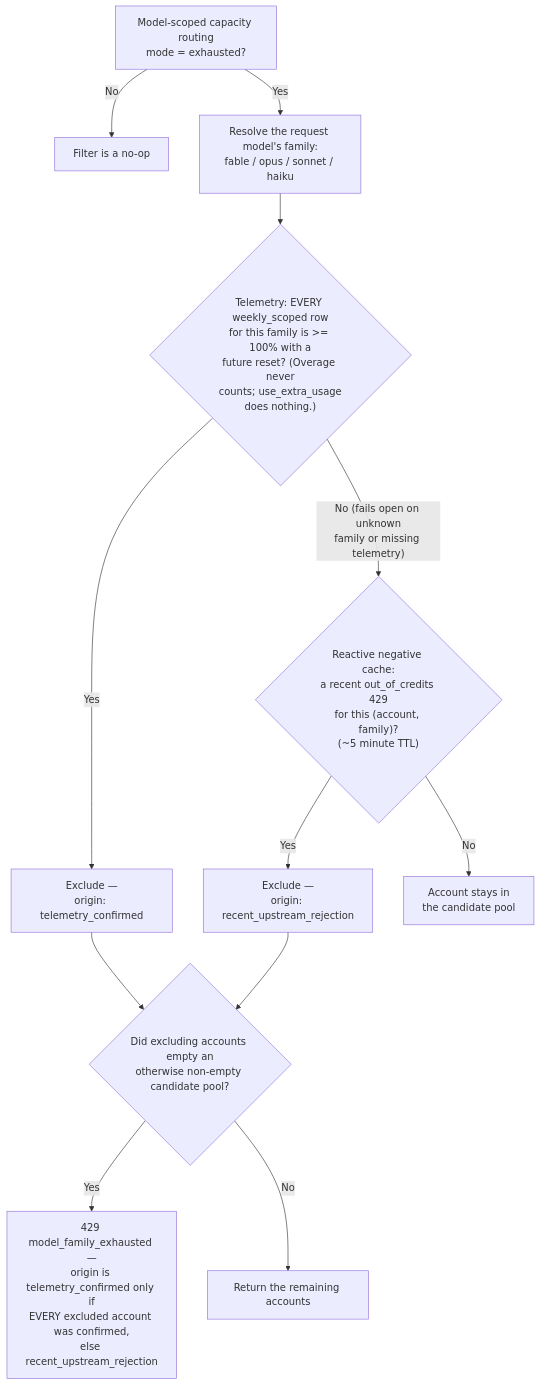
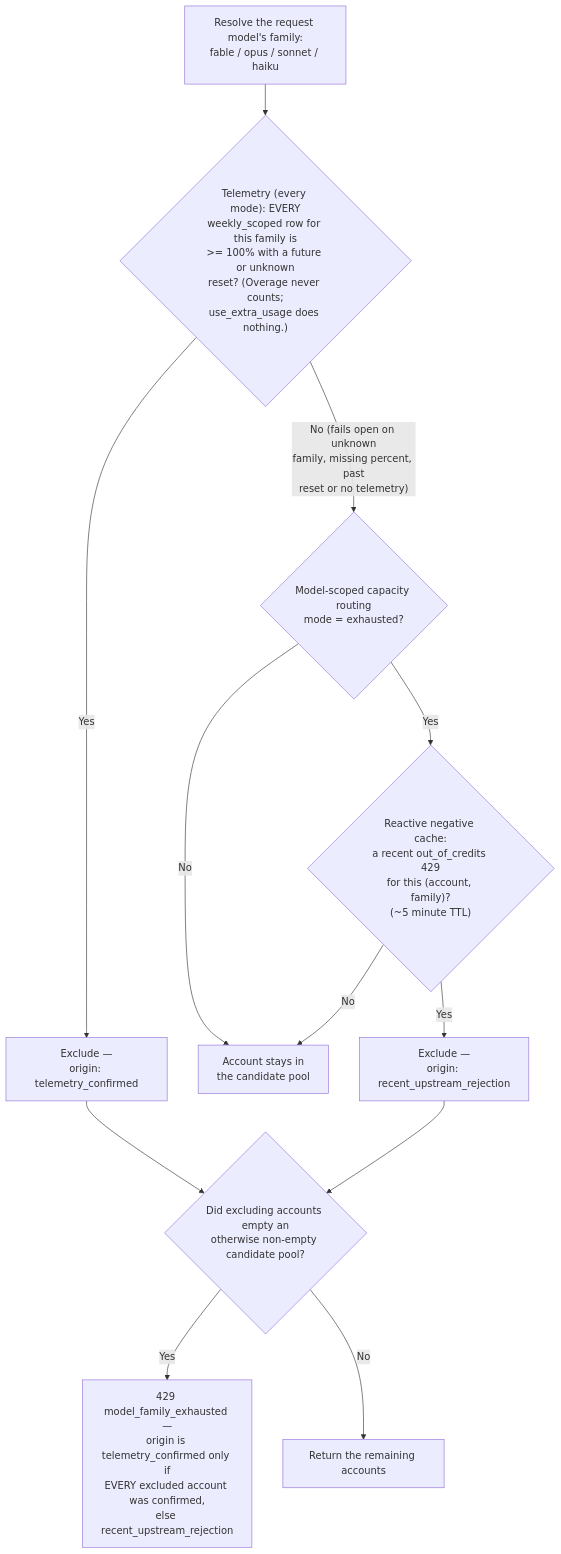
Before and after one commit to filip-gooddata/better-ccflare: the eighth of 10 diagrams in docs/routing-architecture.md, drawn with Mermaid. The commit also changed other lines of this file and 9 other files, not shown here.

First line of the commit message:
fix: a full limit is never a candidate, whatever the mode or headers

````diff
--- a/docs/routing-architecture.md
+++ b/docs/routing-architecture.md
@@ -271,14 +269,14 @@
 ```mermaid
 flowchart TD
-    A["Model-scoped capacity routing<br/>mode = exhausted?"] -->|"No"| B["Filter is a no-op"]
-    A -->|"Yes"| C["Resolve the request model's family:<br/>fable / opus / sonnet / haiku"]
-    C --> D{"Telemetry: EVERY weekly_scoped row<br/>for this family is >= 100% with a<br/>future reset? (Overage never<br/>counts; use_extra_usage<br/>does nothing.)"}
+    C["Resolve the request model's family:<br/>fable / opus / sonnet / haiku"] --> D{"Telemetry (every mode): EVERY<br/>weekly_scoped row for this family is<br/>>= 100% with a future or unknown<br/>reset? (Overage never counts;<br/>use_extra_usage does nothing.)"}
     D -->|"Yes"| E["Exclude —<br/>origin: telemetry_confirmed"]
-    D -->|"No (fails open on unknown<br/>family or missing telemetry)"| F{"Reactive negative cache:<br/>a recent out_of_credits 429<br/>for this (account, family)?<br/>(~5 minute TTL)"}
+    D -->|"No (fails open on unknown<br/>family, missing percent, past<br/>reset or no telemetry)"| A{"Model-scoped capacity routing<br/>mode = exhausted?"}
+    A -->|"No"| H
+    A -->|"Yes"| F{"Reactive negative cache:<br/>a recent out_of_credits 429<br/>for this (account, family)?<br/>(~5 minute TTL)"}
     F -->|"Yes"| G["Exclude —<br/>origin: recent_upstream_rejection"]
     F -->|"No"| H["Account stays in<br/>the candidate pool"]
     E --> I{"Did excluding accounts empty an<br/>otherwise non-empty candidate pool?"}
     G --> I
     I -->|"Yes"| J["429 model_family_exhausted —<br/>origin is telemetry_confirmed only if<br/>EVERY excluded account was confirmed,<br/>else recent_upstream_rejection"]
     I -->|"No"| K["Return the remaining accounts"]
 ```
````
